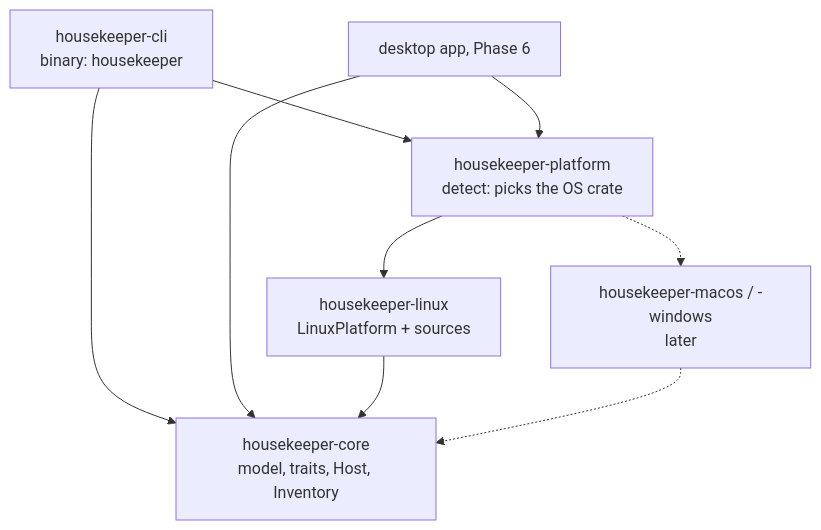
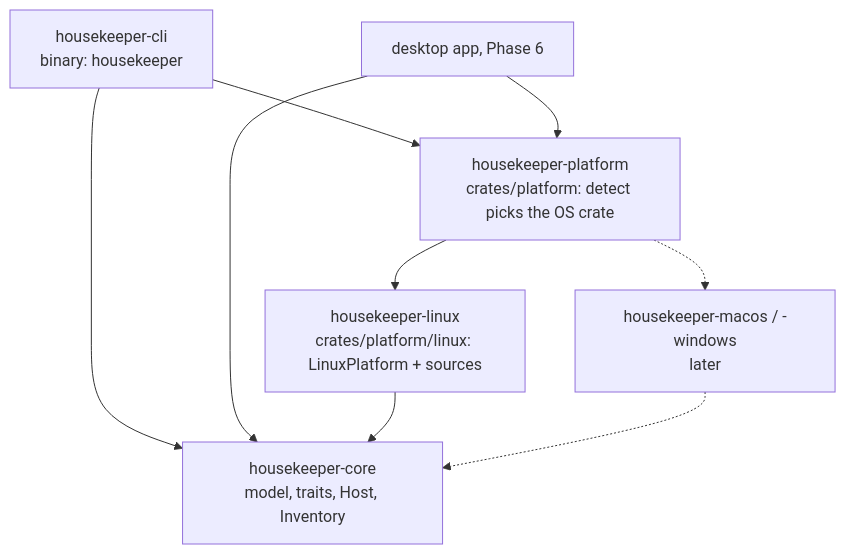
Before and after one commit to mhsiddiqui/housekeeper: the diagram in docs/architecture/README.md, drawn with Mermaid. The commit also changed other lines of this file and 6 other files, not shown here.

````diff
--- a/docs/architecture/README.md
+++ b/docs/architecture/README.md
@@ -8,12 +8,12 @@
 ```mermaid
 flowchart TD
     cli[housekeeper-cli<br/>binary: housekeeper] --> platform
     app[desktop app, Phase 6] --> platform
     cli --> core
     app --> core
-    platform[housekeeper-platform<br/>detect: picks the OS crate] --> linux
+    platform[housekeeper-platform<br/>crates/platform: detect picks the OS crate] --> linux
     platform -.-> future
-    linux[housekeeper-linux<br/>LinuxPlatform + sources] --> core
+    linux[housekeeper-linux<br/>crates/platform/linux: LinuxPlatform + sources] --> core
     future[housekeeper-macos / -windows<br/>later] -.-> core
     core[housekeeper-core<br/>model, traits, Host, Inventory]
 ```
````
